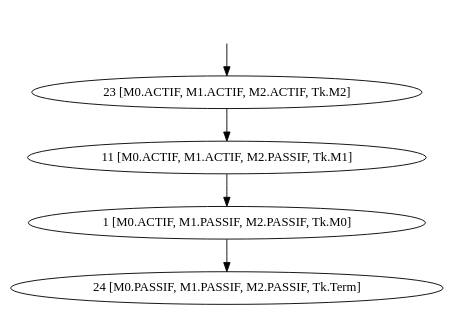
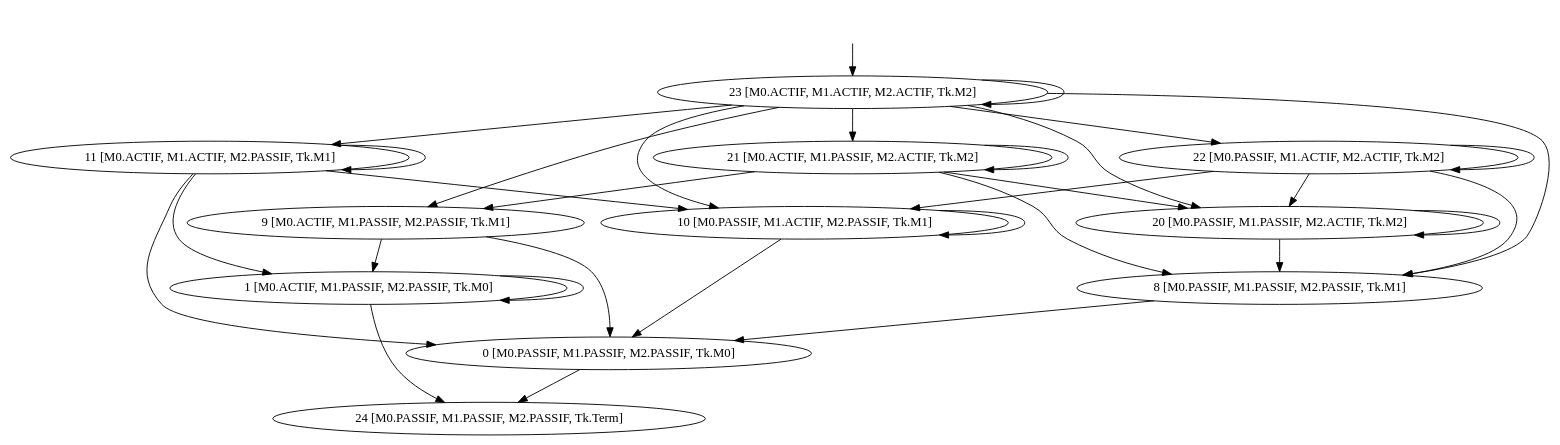
Before and after one commit to Lanes6/verif: the diagram in projet/systeme_algo1.dot, drawn with Graphviz. The commit also changed 4 other files, not shown here.

```diff
--- a/projet/systeme_algo1.dot
+++ b/projet/systeme_algo1.dot
@@ -1,11 +1,45 @@
 digraph system {
 _23[label="", shape=none ];
 _23->23;
 23 [label= "23 [M0.ACTIF, M1.ACTIF, M2.ACTIF, Tk.M2]"];
 11 [label= "11 [M0.ACTIF, M1.ACTIF, M2.PASSIF, Tk.M1]"];
+21 [label= "21 [M0.ACTIF, M1.PASSIF, M2.ACTIF, Tk.M2]"];
 1 [label= "1 [M0.ACTIF, M1.PASSIF, M2.PASSIF, Tk.M0]"];
+9 [label= "9 [M0.ACTIF, M1.PASSIF, M2.PASSIF, Tk.M1]"];
+22 [label= "22 [M0.PASSIF, M1.ACTIF, M2.ACTIF, Tk.M2]"];
+10 [label= "10 [M0.PASSIF, M1.ACTIF, M2.PASSIF, Tk.M1]"];
+20 [label= "20 [M0.PASSIF, M1.PASSIF, M2.ACTIF, Tk.M2]"];
+0 [label= "0 [M0.PASSIF, M1.PASSIF, M2.PASSIF, Tk.M0]"];
+8 [label= "8 [M0.PASSIF, M1.PASSIF, M2.PASSIF, Tk.M1]"];
 24 [label= "24 [M0.PASSIF, M1.PASSIF, M2.PASSIF, Tk.Term]"];
+23->23 [label= ""];
 23->11 [label= ""];
+11->11 [label= ""];
+23->21 [label= ""];
+23->9 [label= ""];
 11->1 [label= ""];
+21->21 [label= ""];
+21->9 [label= ""];
+1->1 [label= ""];
+9->1 [label= ""];
+23->22 [label= ""];
+23->10 [label= ""];
+11->10 [label= ""];
+23->20 [label= ""];
+23->8 [label= ""];
+11->0 [label= ""];
+21->20 [label= ""];
+21->8 [label= ""];
+9->0 [label= ""];
 1->24 [label= ""];
+22->22 [label= ""];
+22->10 [label= ""];
+10->10 [label= ""];
+22->20 [label= ""];
+22->8 [label= ""];
+10->0 [label= ""];
+20->20 [label= ""];
+20->8 [label= ""];
+8->0 [label= ""];
+0->24 [label= ""];
 }
```
